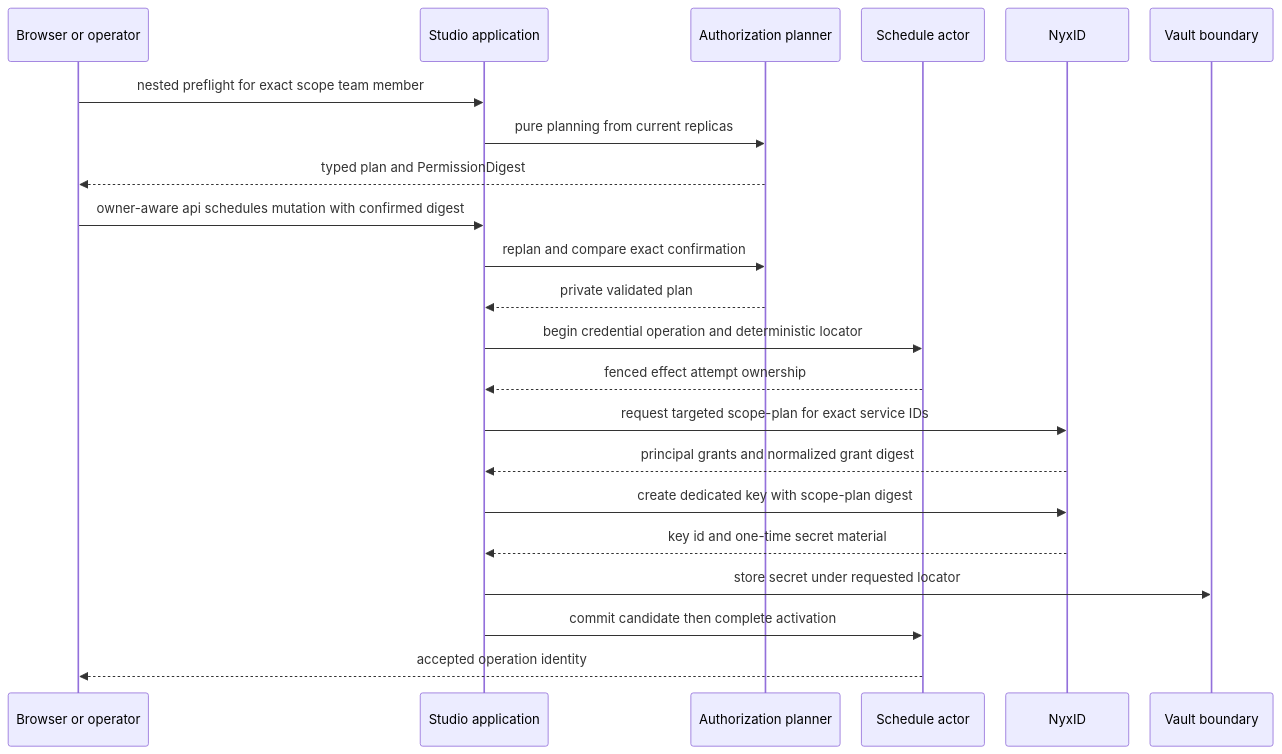
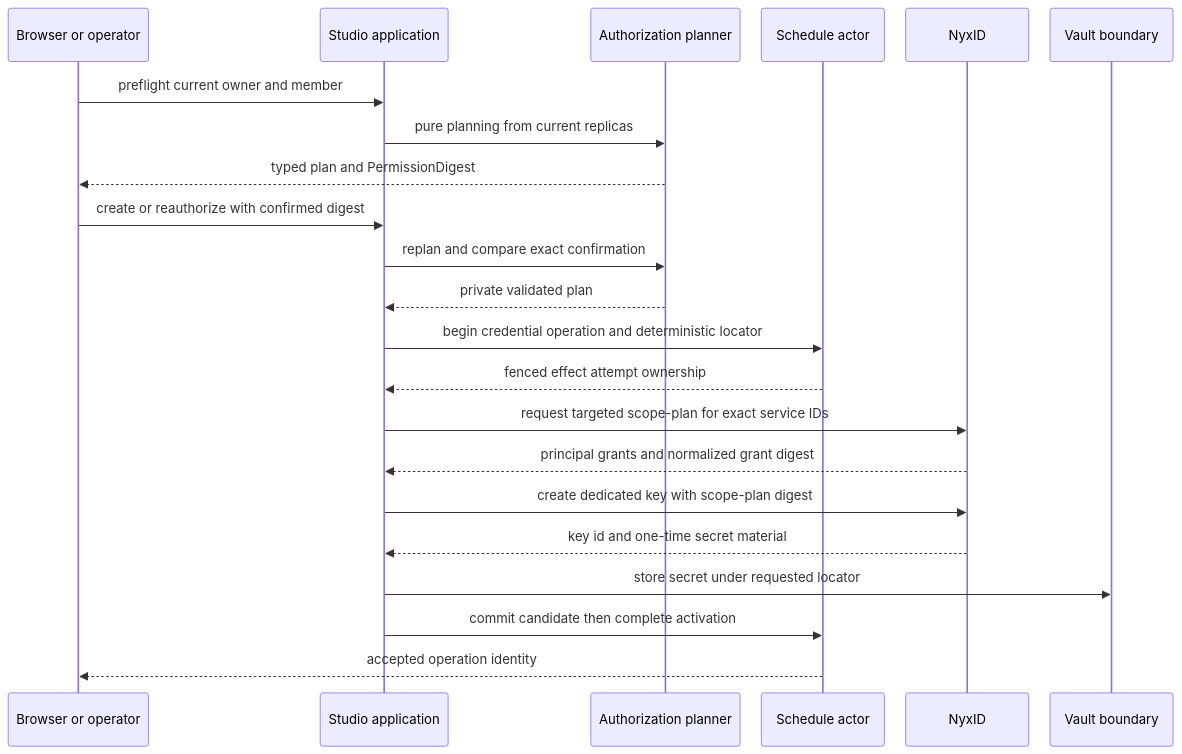
The fourth of 4 diagrams in 09/03-owner-authorization-and-agent-key.md (eanzhao-os/aevatar-review), drawn with Mermaid before and after one commit. The commit also changed other lines of this file and 6 other files, not shown here.

````diff
--- a/09/03-owner-authorization-and-agent-key.md
+++ b/09/03-owner-authorization-and-agent-key.md
@@ -105,25 +105,25 @@
 ```mermaid
 %%{init: {"maxTextSize": 100000, "sequence": {"actorMargin": 26, "messageMargin": 17, "diagramMarginX": 10, "diagramMarginY": 10}, "themeVariables": {"fontSize": "10px"}}}%%
 sequenceDiagram
     participant B as Browser or operator
     participant S as Studio application
     participant P as Authorization planner
     participant A as Schedule actor
     participant N as NyxID
     participant V as Vault boundary
-    B->>S: nested preflight for exact scope team member
+    B->>S: preflight current owner and member
     S->>P: pure planning from current replicas
     P-->>B: typed plan and PermissionDigest
-    B->>S: owner-aware api schedules mutation with confirmed digest
+    B->>S: create or reauthorize with confirmed digest
     S->>P: replan and compare exact confirmation
     P-->>S: private validated plan
     S->>A: begin credential operation and deterministic locator
     A-->>S: fenced effect attempt ownership
     S->>N: request targeted scope-plan for exact service IDs
     N-->>S: principal grants and normalized grant digest
     S->>N: create dedicated key with scope-plan digest
     N-->>S: key id and one-time secret material
     S->>V: store secret under requested locator
     S->>A: commit candidate then complete activation
     A-->>B: accepted operation identity
 ```
````
